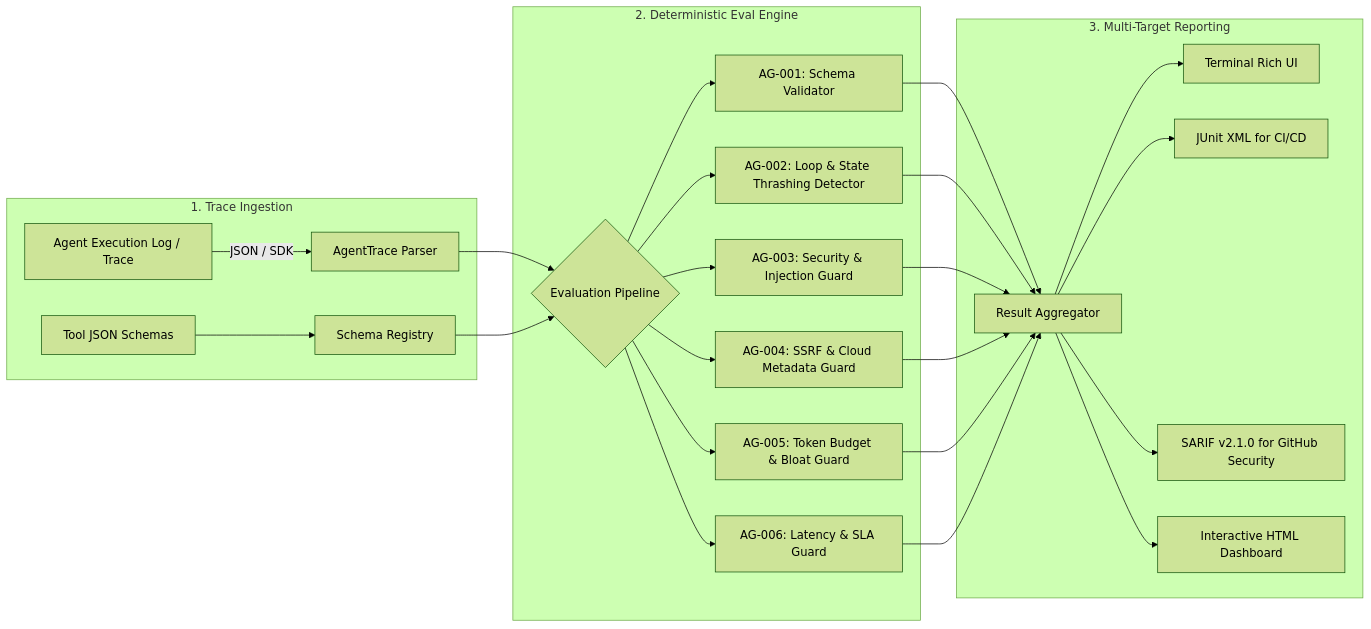
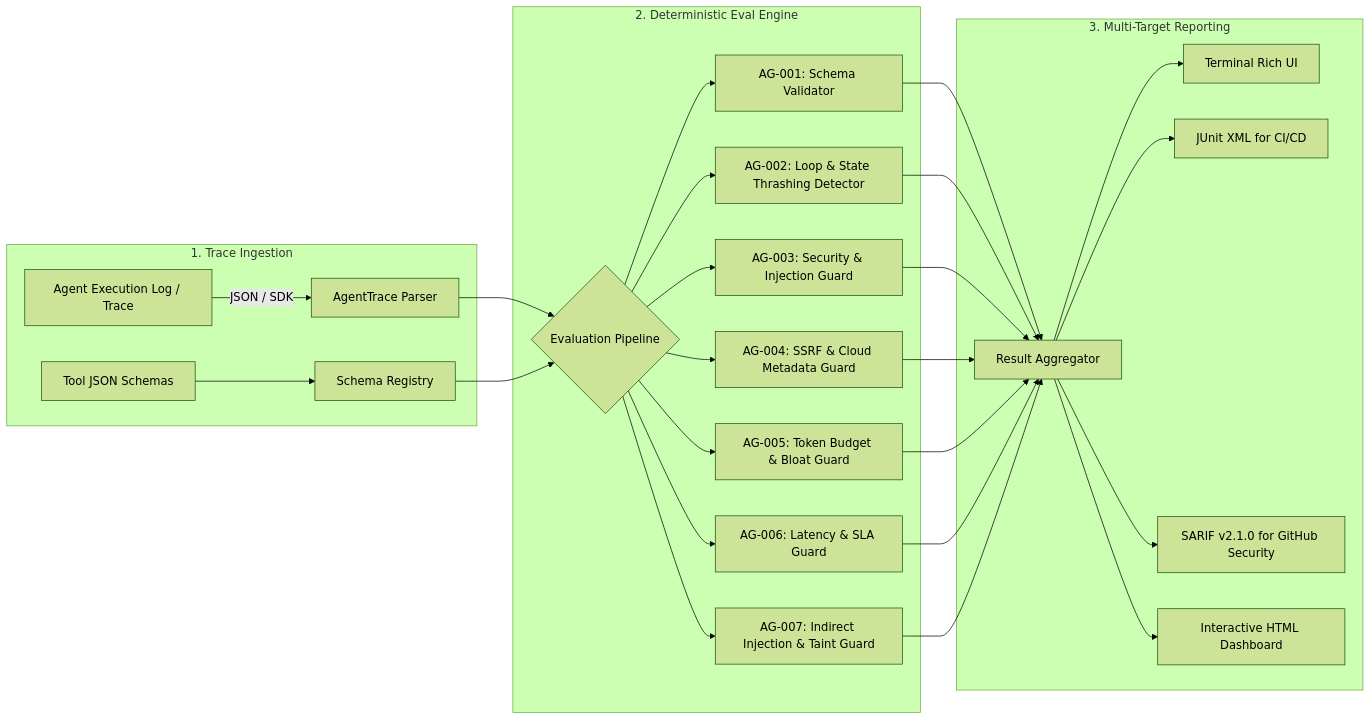
One commit to OKAN-SOFTWARE/agent-guard-eval changed the diagram in README.md. Above: the diagram before and after it, drawn with Mermaid (forest theme). The commit also changed other lines of this file and 4 other files, not shown here.

````diff
--- a/README.md
+++ b/README.md
@@ -38,26 +38,28 @@
 ```mermaid
 flowchart LR
     subgraph Ingestion["1. Trace Ingestion"]
         A[Agent Execution Log / Trace] -->|JSON / SDK| B[AgentTrace Parser]
         S[Tool JSON Schemas] --> C[Schema Registry]
     end
 
     subgraph Engine["2. Deterministic Eval Engine"]
         B --> D{Evaluation Pipeline}
         C --> D
         D --> E[AG-001: Schema Validator]
         D --> F[AG-002: Loop & State Thrashing Detector]
         D --> G[AG-003: Security & Injection Guard]
         D --> H[AG-004: SSRF & Cloud Metadata Guard]
         D --> I[AG-005: Token Budget & Bloat Guard]
         D --> O[AG-006: Latency & SLA Guard]
+        D --> P[AG-007: Indirect Injection & Taint Guard]
     end
 
     subgraph Reporters["3. Multi-Target Reporting"]
-        E & F & G & H & I & O --> J[Result Aggregator]
+        E & F & G & H & I & O & P --> J[Result Aggregator]
         J --> K[Terminal Rich UI]
         J --> L[JUnit XML for CI/CD]
         J --> M[SARIF v2.1.0 for GitHub Security]
         J --> N[Interactive HTML Dashboard]
     end
+
 ```
````
